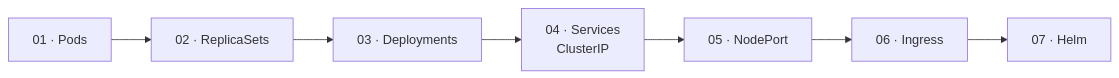
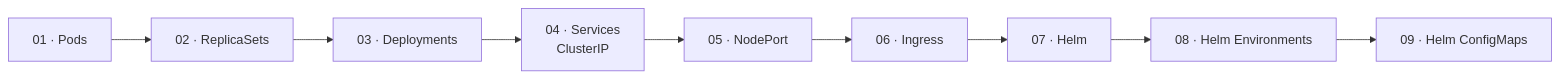
One commit to amerinoo/kubernetes-from-zero changed the diagram in README.md. Above: the diagram before and after it, drawn with Mermaid. The commit also changed other lines of this file, not shown here.

Commit message:
Update course overview through ConfigMaps

````diff
--- a/README.md
+++ b/README.md
@@ -7,9 +7,11 @@
 ```mermaid
 graph LR
     P["01 · Pods"] --> RS["02 · ReplicaSets"]
     RS --> D["03 · Deployments"]
     D --> SVC["04 · Services\nClusterIP"]
     SVC --> NP["05 · NodePort"]
     NP --> ING["06 · Ingress"]
     ING --> H["07 · Helm"]
+    H --> ENV["08 · Helm Environments"]
+    ENV --> CM["09 · Helm ConfigMaps"]
 ```
````
